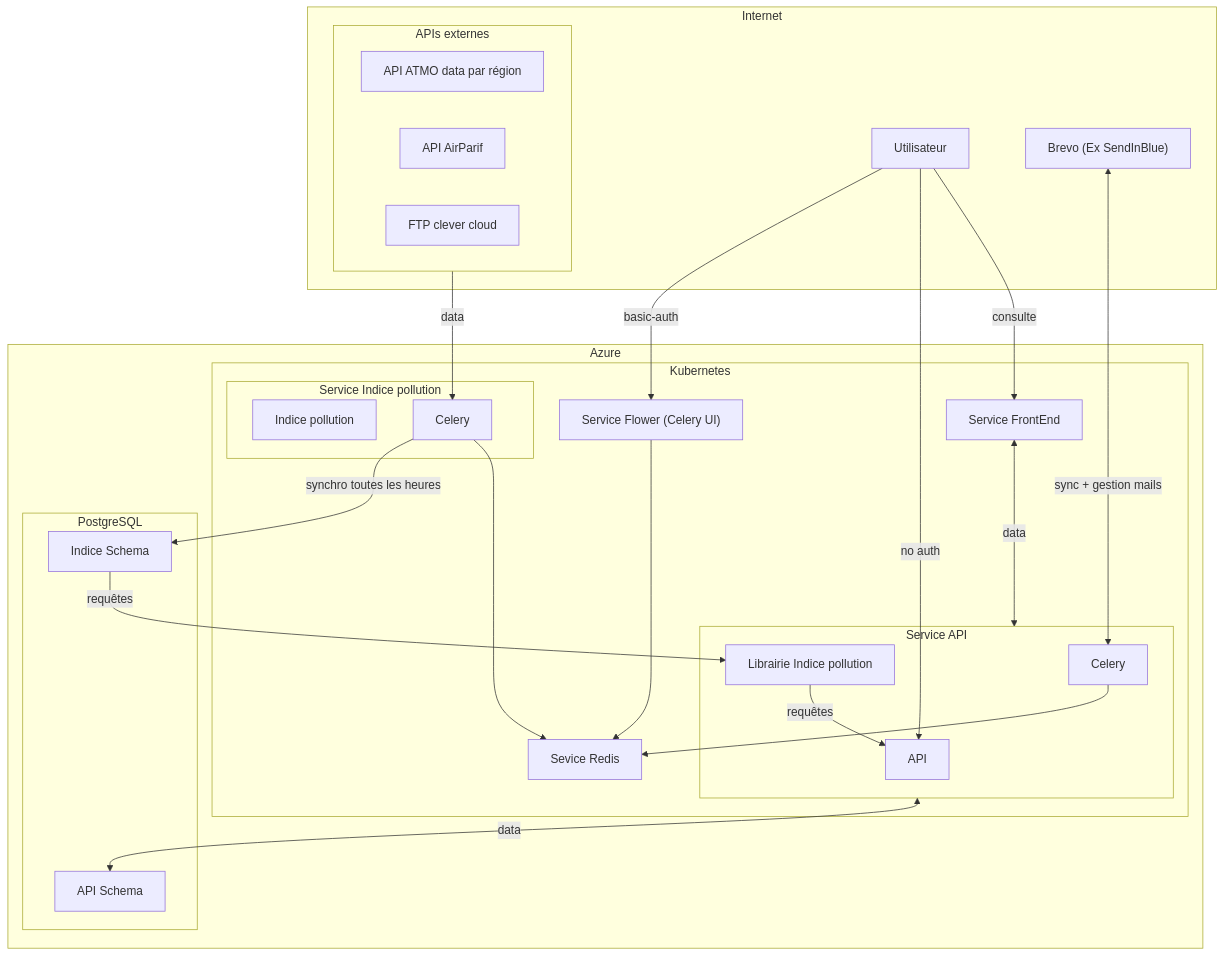
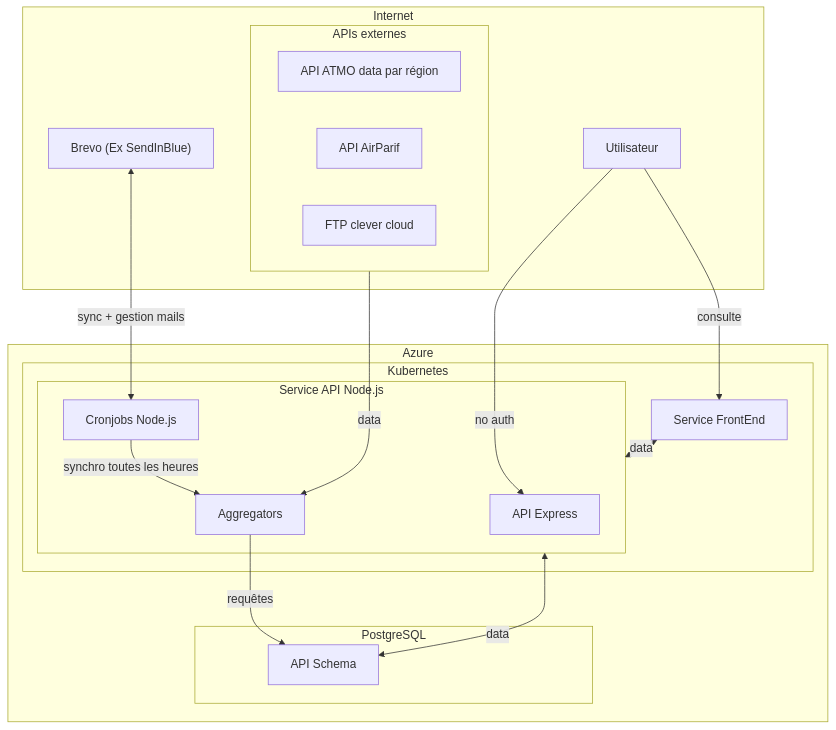
The diagram in README.md (SocialGouv/recosante), drawn with Mermaid before and after one commit. The commit also changed other lines of this file, not shown here.

Commit message:
docs: Mise à jour du README.md pour refléter les changements dans l'a… (#676)

````diff
--- a/README.md
+++ b/README.md
@@ -67,49 +336,36 @@
 ```mermaid
 flowchart TD
     subgraph Internet
         user[Utilisateur]
         brevo["Brevo (Ex SendInBlue)"]
         subgraph apis[APIs externes]
             atmo[API ATMO data par région]
             airparif[API AirParif]
             ftp[FTP clever cloud]
         end
     end
 
     subgraph Azure
         subgraph Kubernetes
             frontend[Service FrontEnd]
-            flower["Service Flower (Celery UI)"]
-            redis[Sevice Redis]
-            subgraph serviceAPI[Service API]
-                api[API]
-                celeryAPI[Celery]
-                indiceLib[Librairie Indice pollution]
-            end
-
-            subgraph serviceIndice[Service Indice pollution]
-                indice[Indice pollution]
-                celeryIndice[Celery]
+            subgraph serviceAPI[Service API Node.js]
+                api[API Express]
+                cronjobs[Cronjobs Node.js]
+                aggregators[Aggregators]
             end
         end
 
         subgraph PostgreSQL
             apiSchema[API Schema]
-            indiceSchema[Indice Schema]
         end
     end
 
     user-->|consulte|frontend
     user-->|no auth|api
-    user-->|basic-auth|flower
-    flower-->redis
-    celeryAPI-->redis
-    celeryIndice-->redis
     frontend<-->|data|serviceAPI
     serviceAPI<-->|data|apiSchema
-    brevo<-->|sync + gestion mails|celeryAPI
-    celeryIndice-->|synchro toutes les heures|indiceSchema
-    apis-->|data|celeryIndice
-    indiceSchema-->|requêtes|indiceLib
-    indiceLib-->|requêtes|api
+    brevo<-->|sync + gestion mails|cronjobs
+    cronjobs-->|synchro toutes les heures|aggregators
+    apis-->|data|aggregators
+    aggregators-->|requêtes|apiSchema
 ```
````
